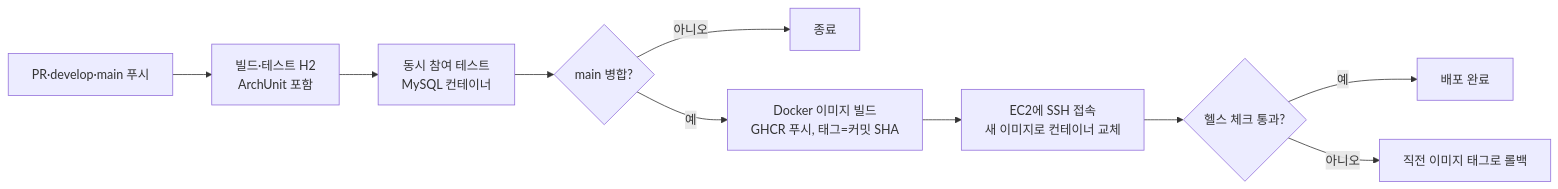
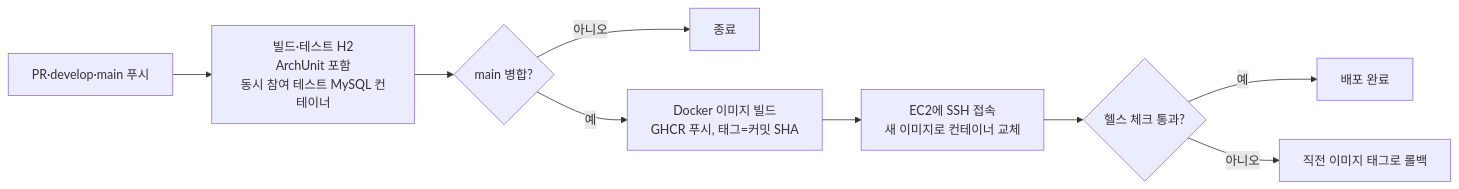
The second of 2 diagrams in docs/테스트-배포.md (kwakseobang/AuDDum), drawn with Mermaid before and after one commit. The commit also changed other lines of this file and 8 other files, not shown here.

First line of the commit message:
test(vote): Testcontainers MySQL 동시 참여 테스트 추가 (#17) (#65)

````diff
--- a/docs/테스트-배포.md
+++ b/docs/테스트-배포.md
@@ -119,12 +120,11 @@
 ```mermaid
 flowchart LR
-    A[PR·develop·main 푸시] --> B[빌드·테스트 H2<br/>ArchUnit 포함]
-    B --> C[동시 참여 테스트<br/>MySQL 컨테이너]
-    C --> D{main 병합?}
+    A[PR·develop·main 푸시] --> B[빌드·테스트 H2<br/>ArchUnit 포함<br/>동시 참여 테스트 MySQL 컨테이너]
+    B --> D{main 병합?}
     D -- 아니오 --> Z[종료]
     D -- 예 --> E[Docker 이미지 빌드<br/>GHCR 푸시, 태그=커밋 SHA]
     E --> F[EC2에 SSH 접속<br/>새 이미지로 컨테이너 교체]
     F --> G{헬스 체크 통과?}
     G -- 예 --> H[배포 완료]
     G -- 아니오 --> R[직전 이미지 태그로 롤백]
 ```
````
